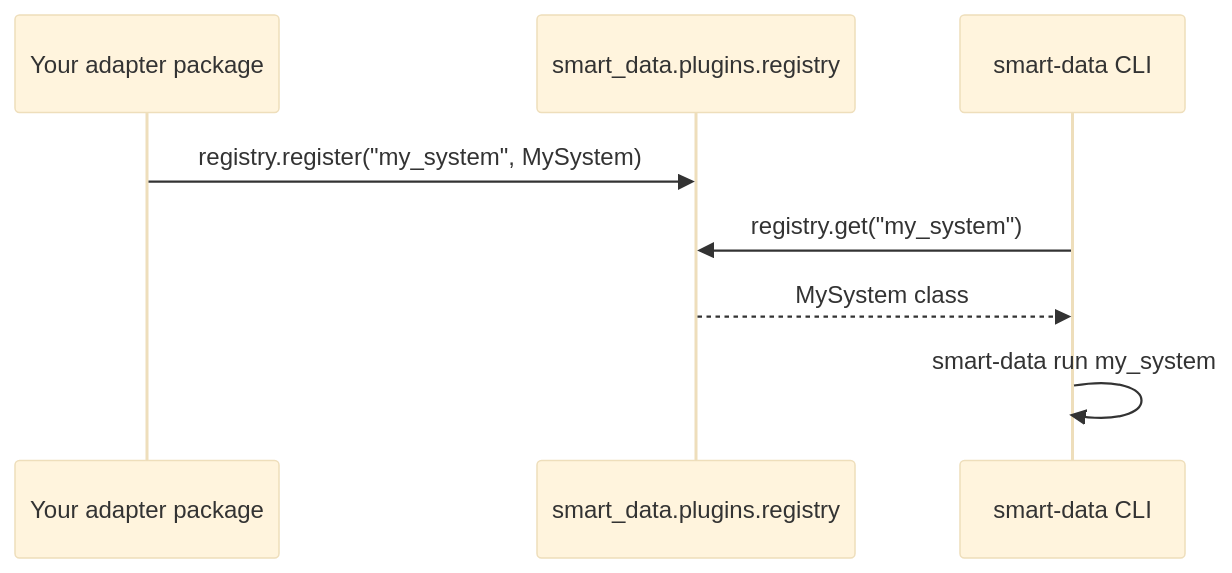
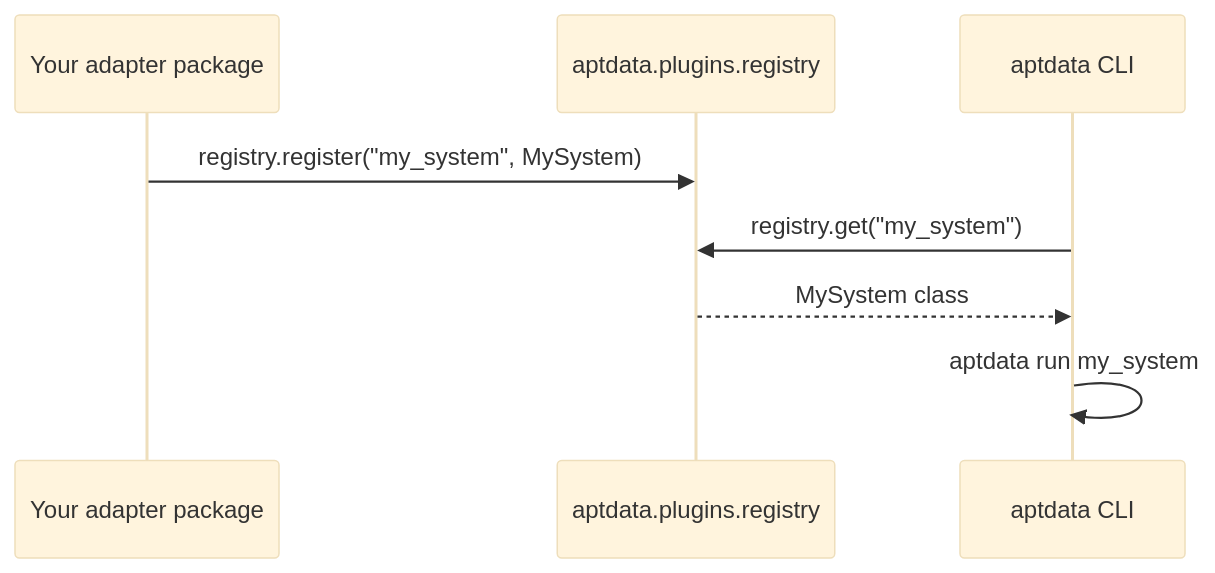
One commit to antunes-hq/aptdata-flow-os changed the diagram in docs/api/plugins.md. Above: the diagram before and after it, drawn with Mermaid (base theme). The commit also changed other lines of this file and 172 other files, not shown here.

Commit message:
feat: rename smart_data to aptdata - package, imports, tests, docs, CI

````diff
--- a/docs/api/plugins.md
+++ b/docs/api/plugins.md
@@ -11,11 +11,11 @@
 ```mermaid
 sequenceDiagram
     participant Pkg as Your adapter package
-    participant Reg as smart_data.plugins.registry
-    participant CLI as smart-data CLI
+    participant Reg as aptdata.plugins.registry
+    participant CLI as aptdata CLI
 
     Pkg->>Reg: registry.register("my_system", MySystem)
     CLI->>Reg: registry.get("my_system")
     Reg-->>CLI: MySystem class
-    CLI->>CLI: smart-data run my_system
+    CLI->>CLI: aptdata run my_system
 ```
````
